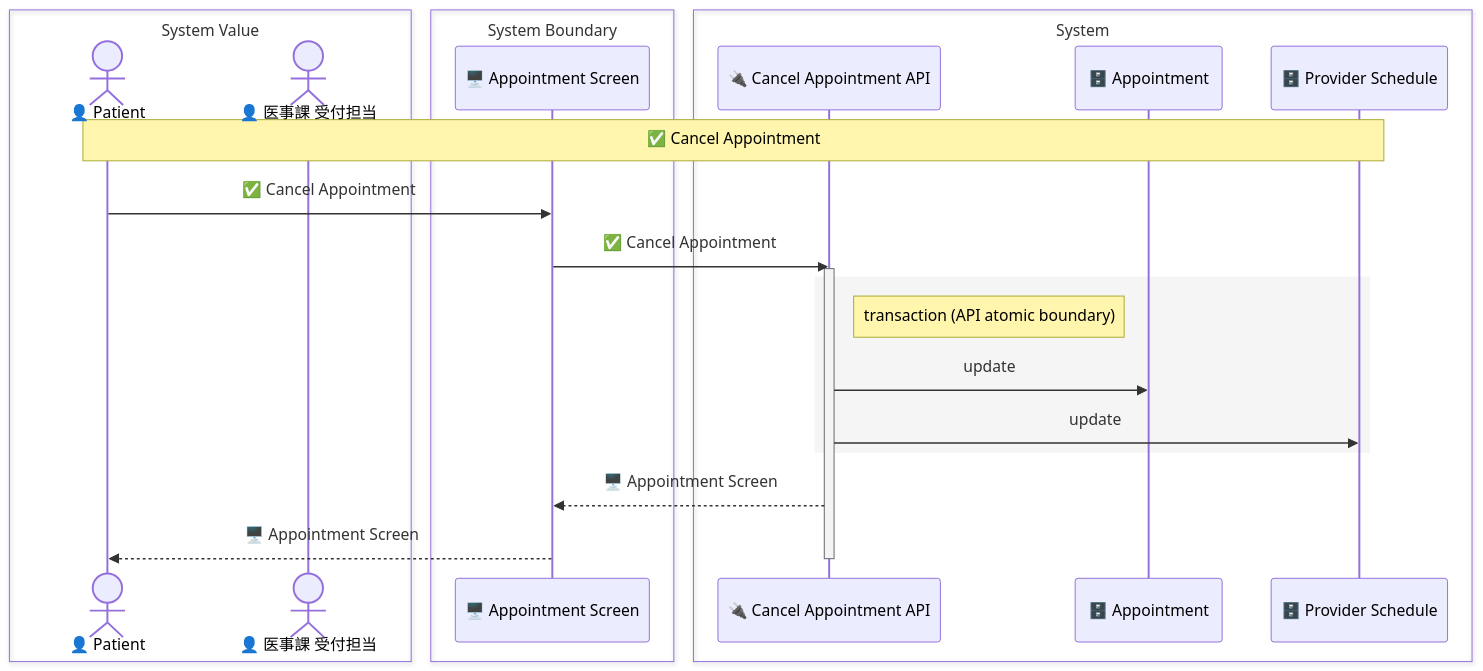
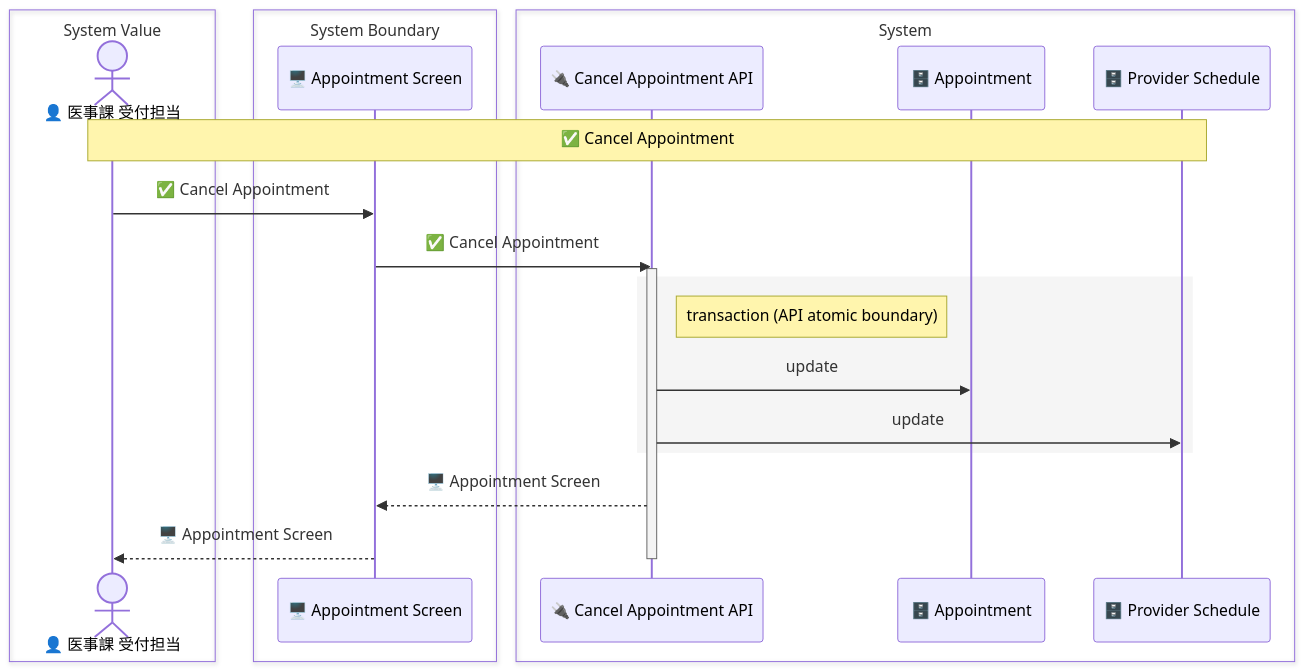
One commit to manji-0/rdra-ish-dsl changed the diagram in samples/clinic-ops/out/uc/sequence_cancel_appointment.mmd. Above: the diagram before and after it, drawn with Mermaid. The commit also changed 19 other files, not shown here.

```diff
--- a/samples/clinic-ops/out/uc/sequence_cancel_appointment.mmd
+++ b/samples/clinic-ops/out/uc/sequence_cancel_appointment.mmd
@@ -1,26 +1,25 @@
 sequenceDiagram
   box System Value
-    actor Patient as 👤 Patient
     actor ReceptionClerk as 👤 医事課 受付担当
   end
   box System Boundary
     participant AppointmentScreen as 🖥️ Appointment Screen
   end
   box System
     participant CancelAppointmentApi as 🔌 Cancel Appointment API
     participant Appointment as 🗄️ Appointment
     participant ProviderSchedule as 🗄️ Provider Schedule
   end
 
-  Note over Patient,ProviderSchedule: ✅ Cancel Appointment
-  Patient->>AppointmentScreen: ✅ Cancel Appointment
+  Note over ReceptionClerk,ProviderSchedule: ✅ Cancel Appointment
+  ReceptionClerk->>AppointmentScreen: ✅ Cancel Appointment
   AppointmentScreen->>CancelAppointmentApi: ✅ Cancel Appointment
   activate CancelAppointmentApi
   rect rgb(245,245,245)
     Note right of CancelAppointmentApi: transaction (API atomic boundary)
     CancelAppointmentApi->>Appointment: update
     CancelAppointmentApi->>ProviderSchedule: update
   end
   CancelAppointmentApi-->>AppointmentScreen: 🖥️ Appointment Screen
-  AppointmentScreen-->>Patient: 🖥️ Appointment Screen
+  AppointmentScreen-->>ReceptionClerk: 🖥️ Appointment Screen
   deactivate CancelAppointmentApi
```
